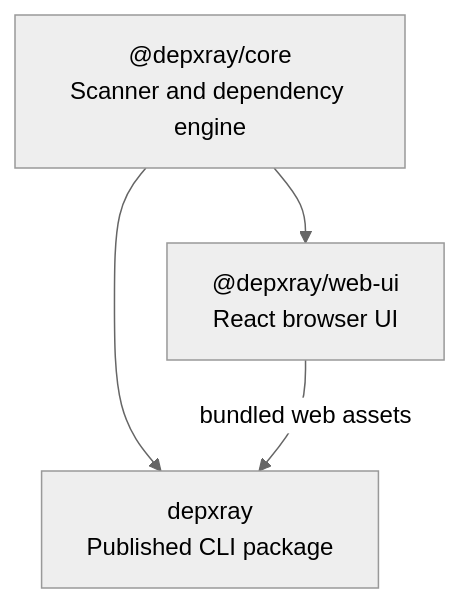
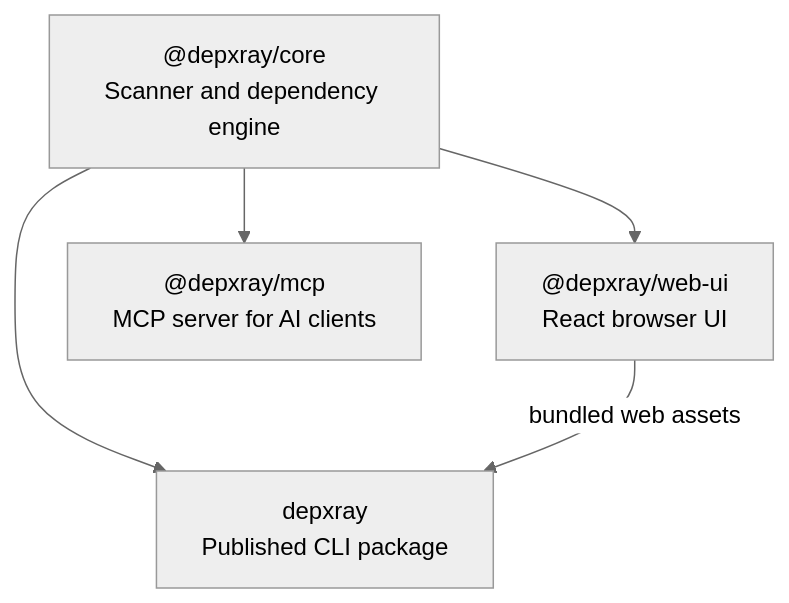
The diagram in README.md (Pannawish/depxray), drawn with Mermaid (neutral theme) before and after one commit. The commit also changed other lines of this file and 18 other files, not shown here.

Commit message:
Implemented MCP server support

````diff
--- a/README.md
+++ b/README.md
@@ -188,13 +210,16 @@
 ```mermaid
 graph TD
   Core["@depxray/core
 Scanner and dependency engine"]
   WebUI["@depxray/web-ui
 React browser UI"]
+  MCP["@depxray/mcp
+MCP server for AI clients"]
   CLI["depxray
 Published CLI package"]
 
   Core --> WebUI
+  Core --> MCP
   Core --> CLI
   WebUI -->|bundled web assets| CLI
 ```
````
